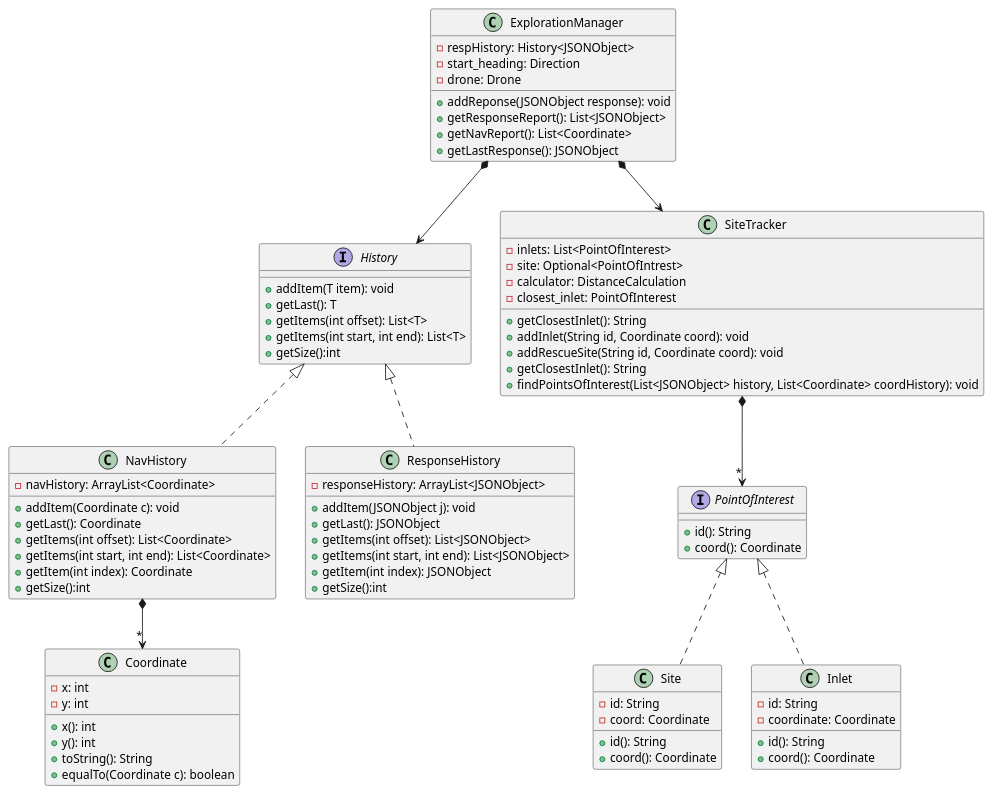
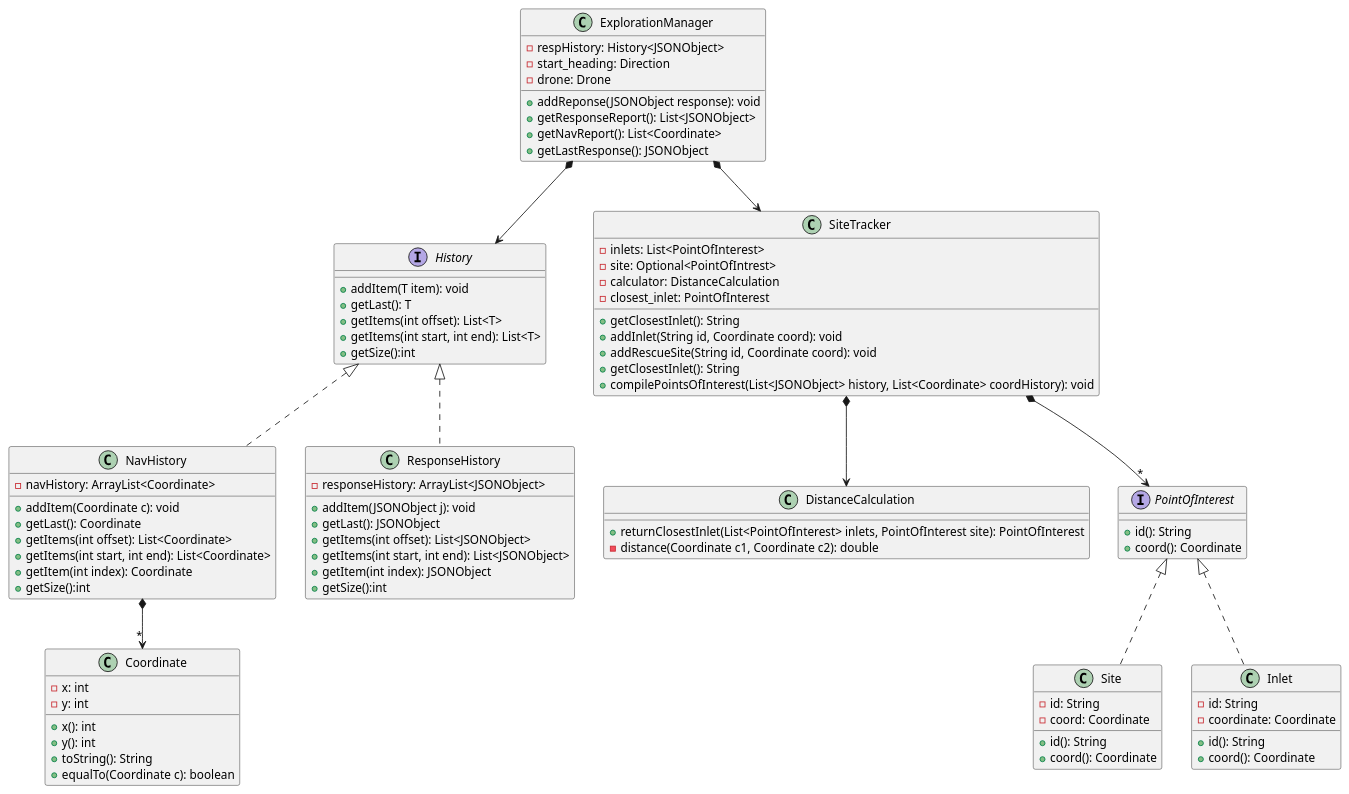
The diagram in uml/MapUML.wsd (2AA4-W24/a2-rescue-mission-team-103), drawn with PlantUML before and after one commit. The commit also changed 2 other files, not shown here.

```diff
--- a/uml/MapUML.wsd
+++ b/uml/MapUML.wsd
@@ -1,90 +1,96 @@
 @startuml
 
 class ExplorationManager {
   -respHistory: History<JSONObject>
   -start_heading: Direction
   -drone: Drone
   +addReponse(JSONObject response): void
   +getResponseReport(): List<JSONObject>
   +getNavReport(): List<Coordinate>
   +getLastResponse(): JSONObject
 }
 
 interface History {
   +addItem(T item): void
 	+getLast(): T
 	+getItems(int offset): List<T>
 	+getItems(int start, int end): List<T> 
 	+getSize():int 
 }
 
 class NavHistory {
   -navHistory: ArrayList<Coordinate>
   +addItem(Coordinate c): void
   +getLast(): Coordinate
   +getItems(int offset): List<Coordinate>
     +getItems(int start, int end): List<Coordinate>
 	+getItem(int index): Coordinate
 	+getSize():int
 }
 
 class ResponseHistory {
   -responseHistory: ArrayList<JSONObject>
   +addItem(JSONObject j): void
   +getLast(): JSONObject
   +getItems(int offset): List<JSONObject>
 	+getItems(int start, int end): List<JSONObject> 
 	+getItem(int index): JSONObject
 	+getSize():int
 }
 
 
 class Coordinate {
   -x: int
   -y: int
   +x(): int
   +y(): int
   +toString(): String
   +equalTo(Coordinate c): boolean
 }
 
 class SiteTracker {
   -inlets: List<PointOfInterest>
   -site: Optional<PointOfIntrest>
   -calculator: DistanceCalculation
   -closest_inlet: PointOfInterest
   +getClosestInlet(): String
   +addInlet(String id, Coordinate coord): void
   +addRescueSite(String id, Coordinate coord): void
   +getClosestInlet(): String
-  +findPointsOfInterest(List<JSONObject> history, List<Coordinate> coordHistory): void
+  +compilePointsOfInterest(List<JSONObject> history, List<Coordinate> coordHistory): void
+}
+
+class DistanceCalculation {
+  +returnClosestInlet(List<PointOfInterest> inlets, PointOfInterest site): PointOfInterest
+  -distance(Coordinate c1, Coordinate c2): double
 }
 
 interface PointOfInterest {
   +id(): String
   +coord(): Coordinate
 }
 
 class Site {
   -id: String
   -coord: Coordinate
   +id(): String
   +coord(): Coordinate
 }
 
 class Inlet {
   -id: String
   -coordinate: Coordinate
   +id(): String
   +coord(): Coordinate
 }
 
 ExplorationManager *--> SiteTracker
 SiteTracker *--> "*" PointOfInterest
+SiteTracker *--> DistanceCalculation
 PointOfInterest <|.. Site
 PointOfInterest <|.. Inlet
 ExplorationManager *--> History
 History <|.. ResponseHistory
 History <|.. NavHistory
 NavHistory *--> "*" Coordinate
 @enduml
```
